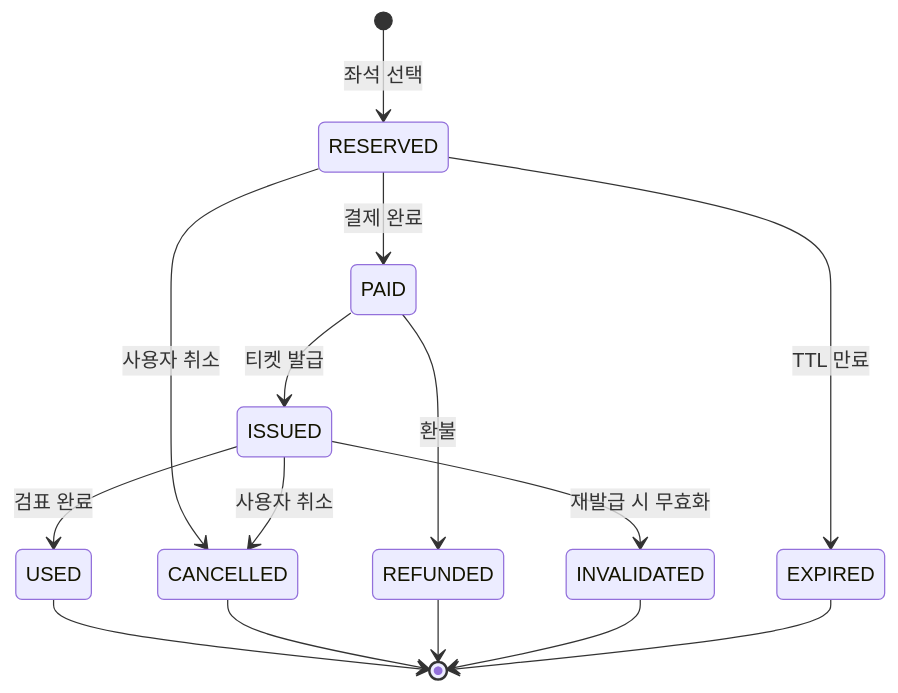
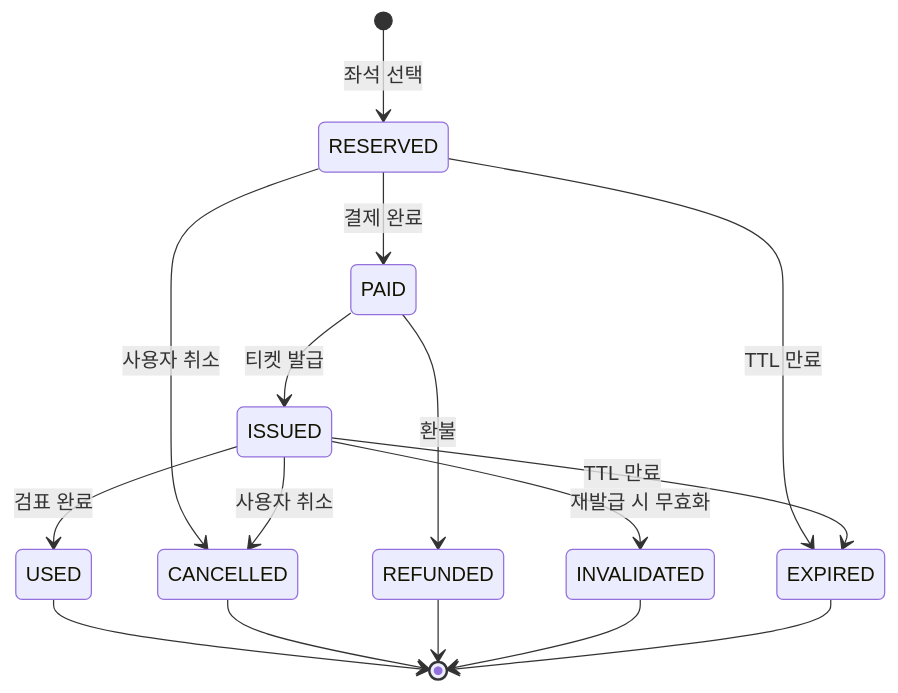
One commit to a5a030/ticket-reservation changed the diagram in docs/diagram/ticket-status.md. Above: the diagram before and after it, drawn with Mermaid. The commit also changed other lines of this file, not shown here.

Commit message:
docs: 티켓 상태 전이 문서 업데이트

````diff
--- a/docs/diagram/ticket-status.md
+++ b/docs/diagram/ticket-status.md
@@ -2,20 +2,21 @@
 ```mermaid
 stateDiagram-v2
     [*] --> RESERVED : 좌석 선택
     RESERVED --> PAID : 결제 완료
     RESERVED --> EXPIRED : TTL 만료
     RESERVED --> CANCELLED : 사용자 취소
 
     PAID --> ISSUED : 티켓 발급
     PAID --> REFUNDED : 환불
 
     ISSUED --> USED : 검표 완료
     ISSUED --> CANCELLED : 사용자 취소
     ISSUED --> INVALIDATED : 재발급 시 무효화
+    ISSUED --> EXPIRED : TTL 만료
 
     USED --> [*]
     CANCELLED --> [*]
     REFUNDED --> [*]
     INVALIDATED --> [*]
     EXPIRED --> [*]
 ```
````
